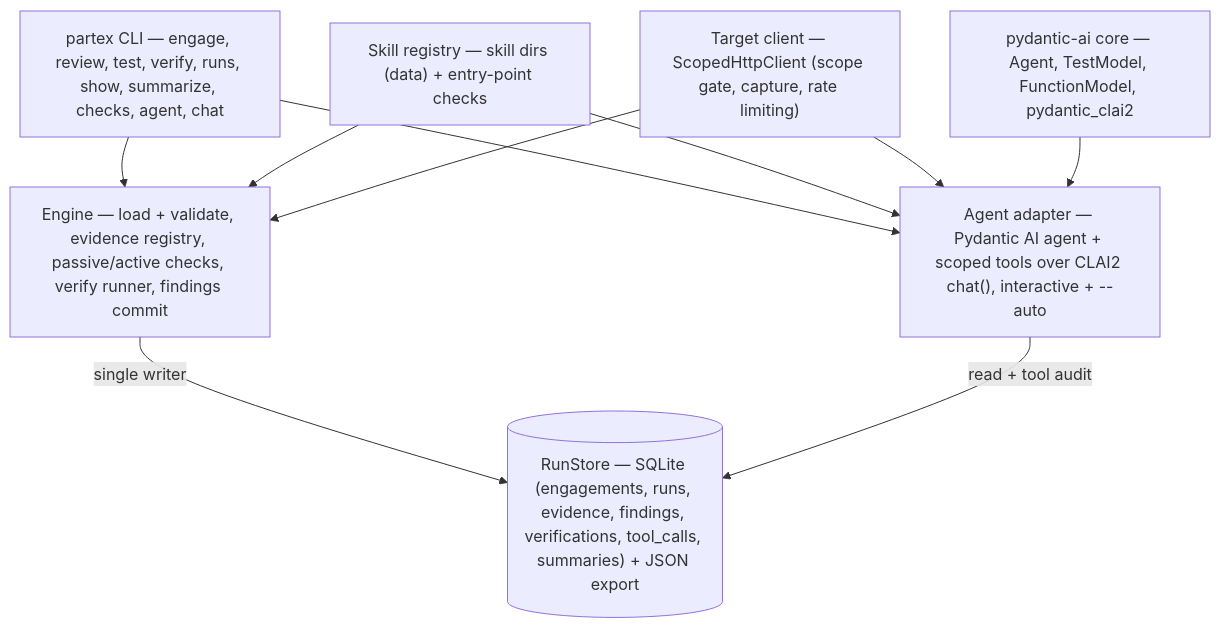
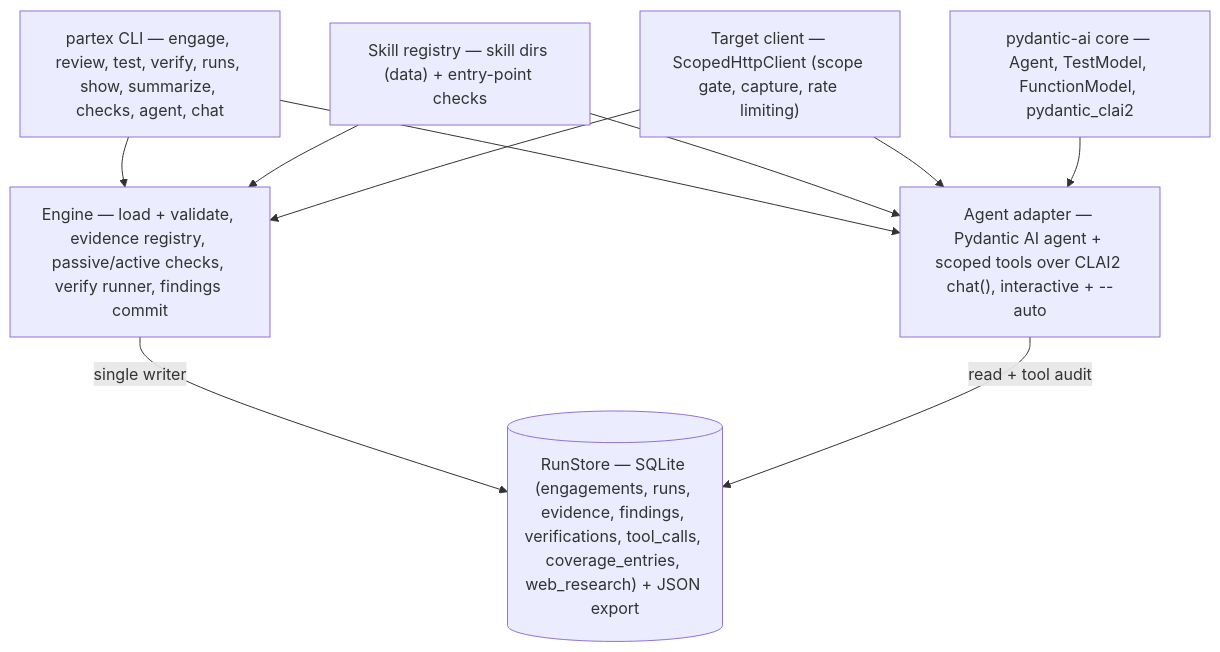
Before and after one commit to mdfranz/partex: the first of 2 diagrams in PLAN.md, drawn with Mermaid. The commit also changed other lines of this file, not shown here.

Commit message:
docs(plan): specify schema v5 and engagement-record storage principle (#245)

````diff
--- a/PLAN.md
+++ b/PLAN.md
@@ -115,20 +115,20 @@
 ```mermaid
 flowchart TD
     CLI["partex CLI — engage, review, test, verify, runs, show, summarize, checks, agent, chat"]
     Engine["Engine — load + validate, evidence registry, passive/active checks, verify runner, findings commit"]
     Adapter["Agent adapter — Pydantic AI agent + scoped tools over CLAI2 chat(), interactive + --auto"]
-    Store[("RunStore — SQLite (engagements, runs, evidence, findings, verifications, tool_calls, summaries) + JSON export")]
+    Store[("RunStore — SQLite (engagements, runs, evidence, findings, verifications, tool_calls, coverage_entries, web_research) + JSON export")]
     Skills["Skill registry — skill dirs (data) + entry-point checks"]
     Target["Target client — ScopedHttpClient (scope gate, capture, rate limiting)"]
     PydanticAI["pydantic-ai core — Agent, TestModel, FunctionModel, pydantic_clai2"]
 
     CLI --> Engine
     CLI --> Adapter
     Engine -->|single writer| Store
     Adapter -->|read + tool audit| Store
     Skills --> Engine
     Skills --> Adapter
     Target --> Engine
     Target --> Adapter
     PydanticAI --> Adapter
 ```
````
